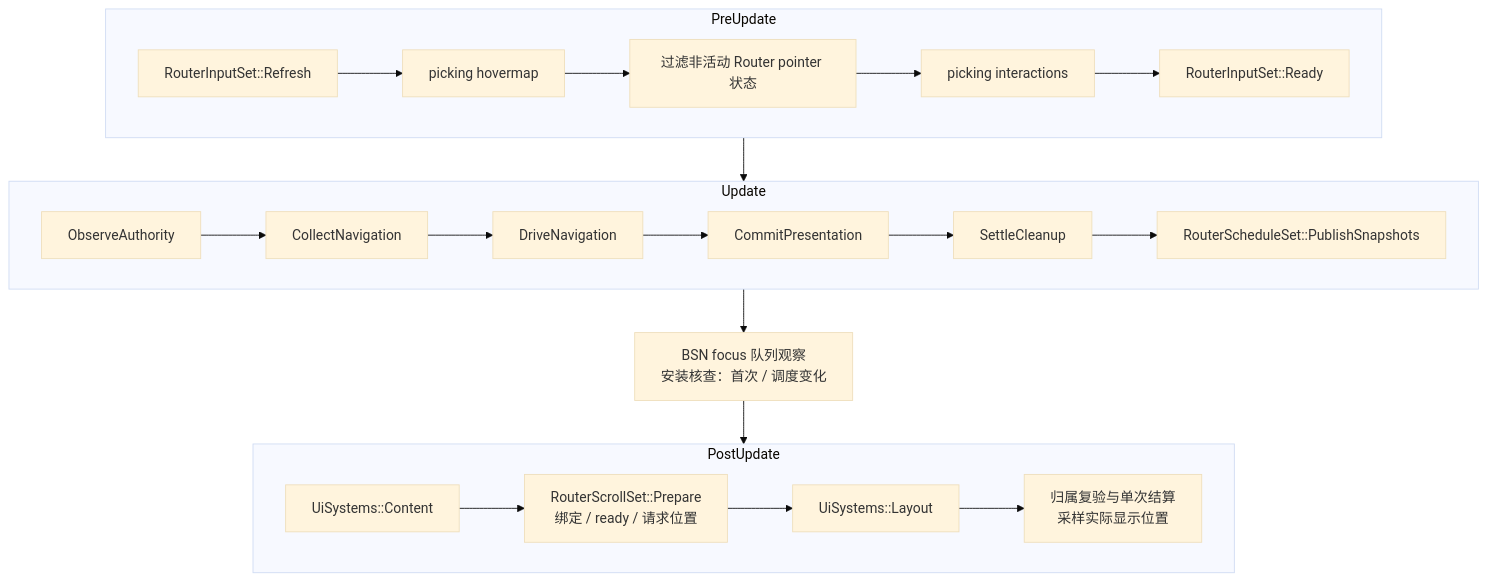
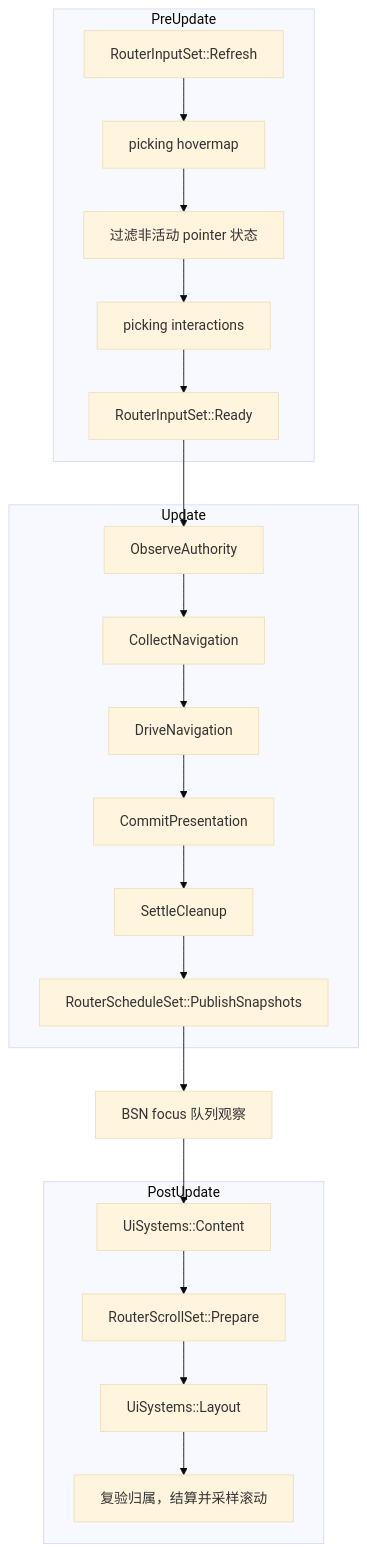
The third of 3 diagrams in docs/architecture/runtime.md (shengyusi-SYS/bevy_ui_router), drawn with Mermaid (base theme) before and after one commit. The commit also changed other lines of this file and 167 other files, not shown here.

````diff
--- a/docs/architecture/runtime.md
+++ b/docs/architecture/runtime.md
@@ -119,27 +77,24 @@
 ```mermaid
 flowchart TB
     subgraph PreUpdate
-        direction LR
         Refresh["RouterInputSet::Refresh"] --> HoverMap["picking hovermap"]
-        HoverMap --> Filter["过滤非活动 Router pointer 状态"]
+        HoverMap --> Filter["过滤非活动 pointer 状态"]
         Filter --> Interaction["picking interactions"]
         Interaction --> Ready["RouterInputSet::Ready"]
     end
     subgraph Update
-        direction LR
         Observe["ObserveAuthority"] --> Collect["CollectNavigation"]
         Collect --> Drive["DriveNavigation"]
         Drive --> Commit["CommitPresentation"]
         Commit --> Cleanup["SettleCleanup"]
         Cleanup --> Publish["RouterScheduleSet::PublishSnapshots"]
     end
     subgraph PostUpdate
-        direction LR
-        Content["UiSystems::Content"] --> Prepare["RouterScrollSet::Prepare<br/>绑定 / ready / 请求位置"]
+        Content["UiSystems::Content"] --> Prepare["RouterScrollSet::Prepare"]
         Prepare --> Layout["UiSystems::Layout"]
-        Layout --> Scroll["归属复验与单次结算<br/>采样实际显示位置"]
+        Layout --> Scroll["复验归属，结算并采样滚动"]
     end
     Ready --> Observe
-    Publish --> FocusBoundary["BSN focus 队列观察<br/>安装核查：首次 / 调度变化"]
-    FocusBoundary --> Content
+    Publish --> Focus["BSN focus 队列观察"]
+    Focus --> Content
 ```
````
